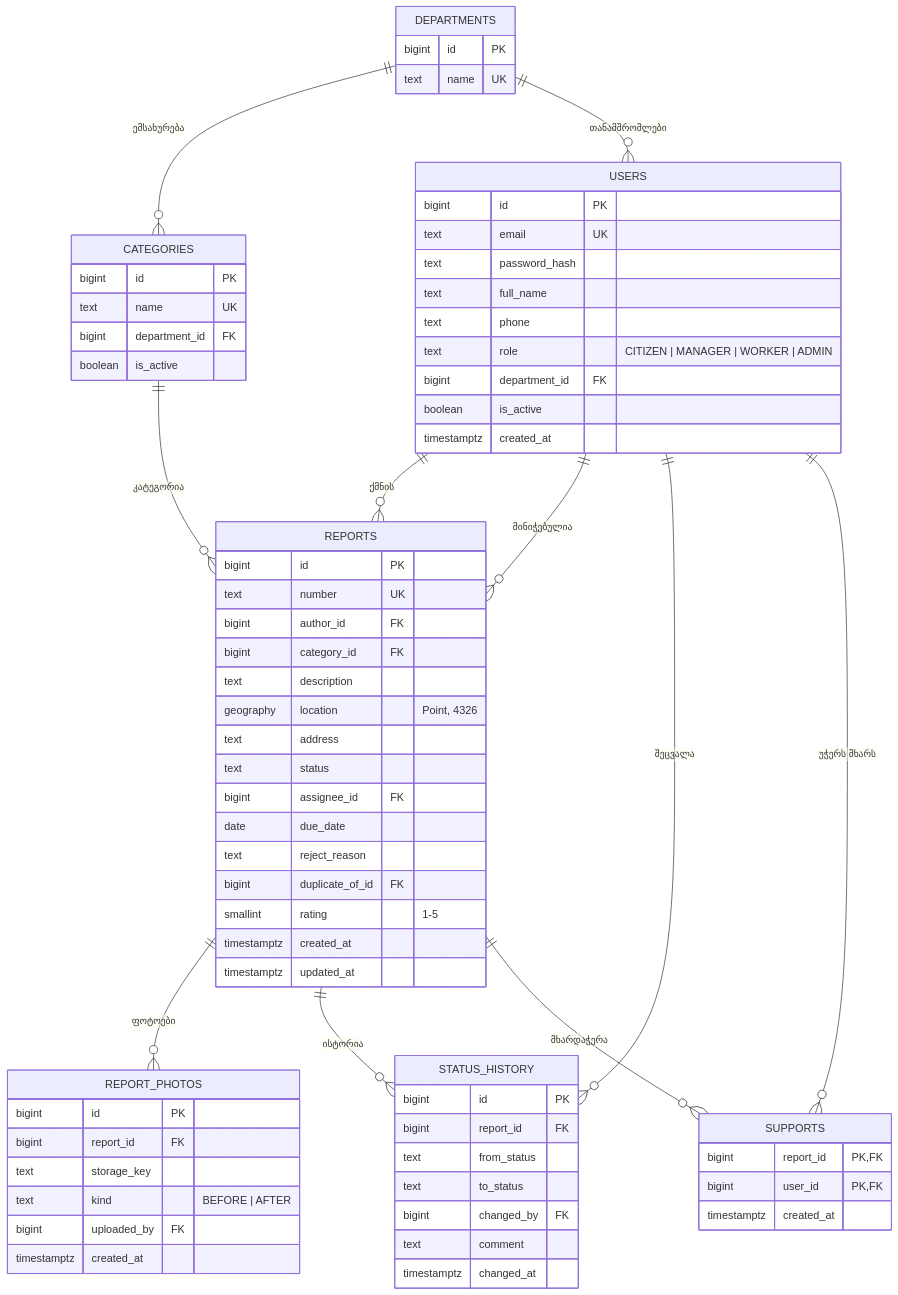
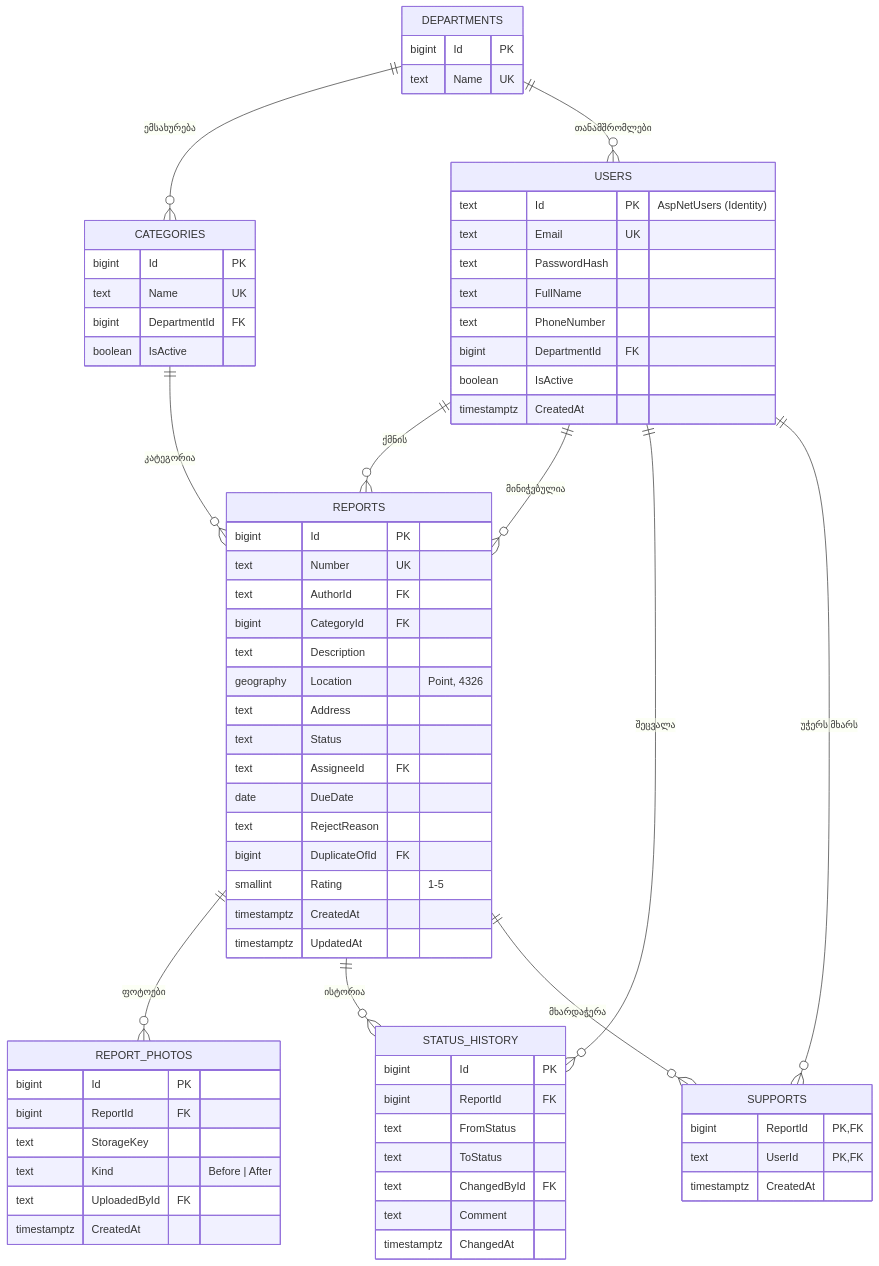
One commit to gigigiorgadze10/fixit changed the third of 3 diagrams in ARCHITECTURE.md. Above: the diagram before and after it, drawn with Mermaid. The commit also changed other lines of this file and 1 other file, not shown here.

Commit message:
არქიტექტურა ASP.NET Core MVC-ზე და პრეზენტაცია

````diff
--- a/ARCHITECTURE.md
+++ b/ARCHITECTURE.md
@@ -168,74 +195,73 @@
 ```mermaid
 erDiagram
     DEPARTMENTS ||--o{ CATEGORIES : "ემსახურება"
     DEPARTMENTS ||--o{ USERS : "თანამშრომლები"
     USERS ||--o{ REPORTS : "ქმნის"
     USERS ||--o{ REPORTS : "მინიჭებულია"
     CATEGORIES ||--o{ REPORTS : "კატეგორია"
     REPORTS ||--o{ REPORT_PHOTOS : "ფოტოები"
     REPORTS ||--o{ STATUS_HISTORY : "ისტორია"
     USERS ||--o{ STATUS_HISTORY : "შეცვალა"
     REPORTS ||--o{ SUPPORTS : "მხარდაჭერა"
     USERS ||--o{ SUPPORTS : "უჭერს მხარს"
 
     USERS {
-        bigint id PK
-        text email UK
-        text password_hash
-        text full_name
-        text phone
-        text role "CITIZEN | MANAGER | WORKER | ADMIN"
-        bigint department_id FK
-        boolean is_active
-        timestamptz created_at
+        text Id PK "AspNetUsers (Identity)"
+        text Email UK
+        text PasswordHash
+        text FullName
+        text PhoneNumber
+        bigint DepartmentId FK
+        boolean IsActive
+        timestamptz CreatedAt
     }
     DEPARTMENTS {
-        bigint id PK
-        text name UK
+        bigint Id PK
+        text Name UK
     }
     CATEGORIES {
-        bigint id PK
-        text name UK
-        bigint department_id FK
-        boolean is_active
+        bigint Id PK
+        text Name UK
+        bigint DepartmentId FK
+        boolean IsActive
     }
     REPORTS {
-        bigint id PK
-        text number UK
-        bigint author_id FK
-        bigint category_id FK
-        text description
-        geography location "Point, 4326"
-        text address
-        text status
-        bigint assignee_id FK
-        date due_date
-        text reject_reason
-        bigint duplicate_of_id FK
-        smallint rating "1-5"
-        timestamptz created_at
-        timestamptz updated_at
+        bigint Id PK
+        text Number UK
+        text AuthorId FK
+        bigint CategoryId FK
+        text Description
+        geography Location "Point, 4326"
+        text Address
+        text Status
+        text AssigneeId FK
+        date DueDate
+        text RejectReason
+        bigint DuplicateOfId FK
+        smallint Rating "1-5"
+        timestamptz CreatedAt
+        timestamptz UpdatedAt
     }
     REPORT_PHOTOS {
-        bigint id PK
-        bigint report_id FK
-        text storage_key
-        text kind "BEFORE | AFTER"
-        bigint uploaded_by FK
-        timestamptz created_at
+        bigint Id PK
+        bigint ReportId FK
+        text StorageKey
+        text Kind "Before | After"
+        text UploadedById FK
+        timestamptz CreatedAt
     }
     STATUS_HISTORY {
-        bigint id PK
-        bigint report_id FK
-        text from_status
-        text to_status
-        bigint changed_by FK
-        text comment
-        timestamptz changed_at
+        bigint Id PK
+        bigint ReportId FK
+        text FromStatus
+        text ToStatus
+        text ChangedById FK
+        text Comment
+        timestamptz ChangedAt
     }
     SUPPORTS {
-        bigint report_id PK, FK
-        bigint user_id PK, FK
-        timestamptz created_at
+        bigint ReportId PK, FK
+        text UserId PK, FK
+        timestamptz CreatedAt
     }
 ```
````
